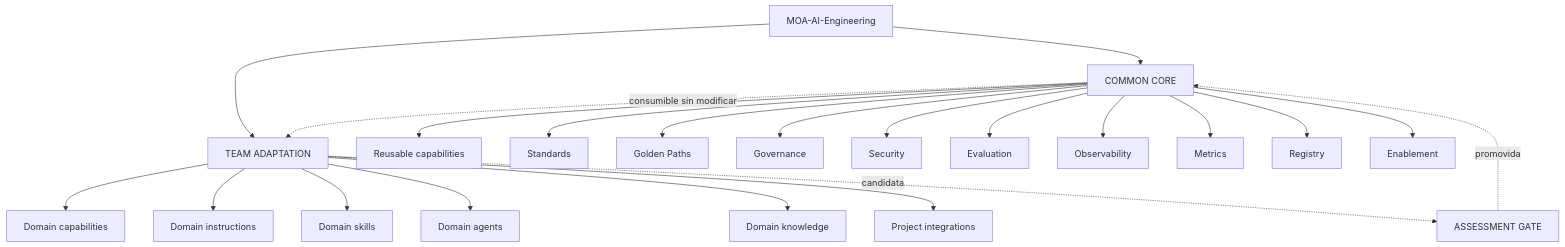
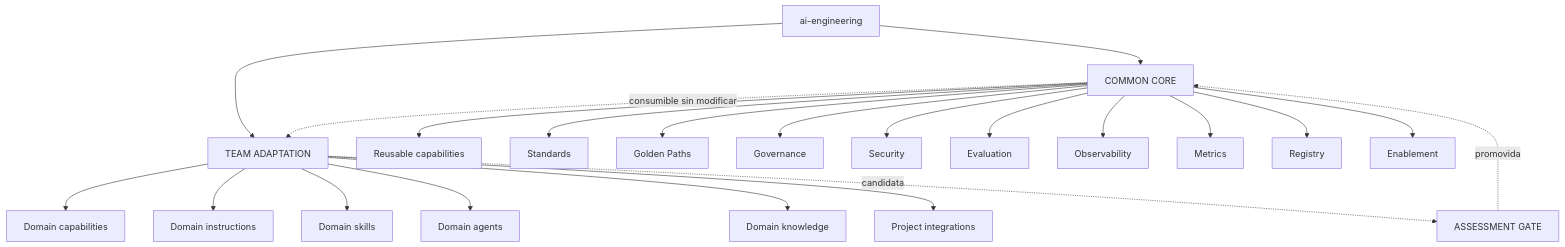
Before and after one commit to elmercharrebaufest/MOA-AI-Engineering: the first of 2 diagrams in architecture/operating-model.md, drawn with Mermaid. The commit also changed other lines of this file and 23 other files, not shown here.

````diff
--- a/architecture/operating-model.md
+++ b/architecture/operating-model.md
@@ -26,28 +26,28 @@
 ```mermaid
 graph TD
-    MAE["MOA-AI-Engineering"]
+    MAE["ai-engineering"]
     MAE --> CC["COMMON CORE"]
     MAE --> TA["TEAM ADAPTATION"]
 
     CC --> CC1["Reusable capabilities"]
     CC --> CC2["Standards"]
     CC --> CC3["Golden Paths"]
     CC --> CC4["Governance"]
     CC --> CC5["Security"]
     CC --> CC6["Evaluation"]
     CC --> CC7["Observability"]
     CC --> CC8["Metrics"]
     CC --> CC9["Registry"]
     CC --> CC10["Enablement"]
 
     TA --> TA1["Domain capabilities"]
     TA --> TA2["Domain instructions"]
     TA --> TA3["Domain skills"]
     TA --> TA4["Domain agents"]
     TA --> TA5["Domain knowledge"]
     TA --> TA6["Project integrations"]
 
     TA -.candidata.-> GATE["ASSESSMENT GATE"]
     GATE -.promovida.-> CC
     CC -.consumible sin modificar.-> TA
 ```
````
